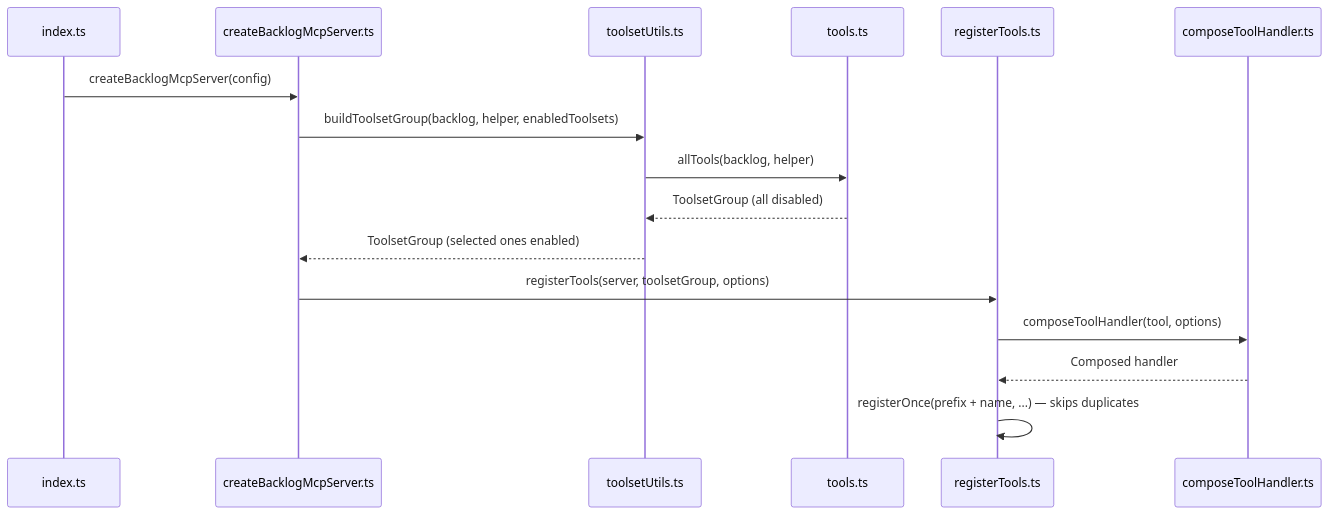
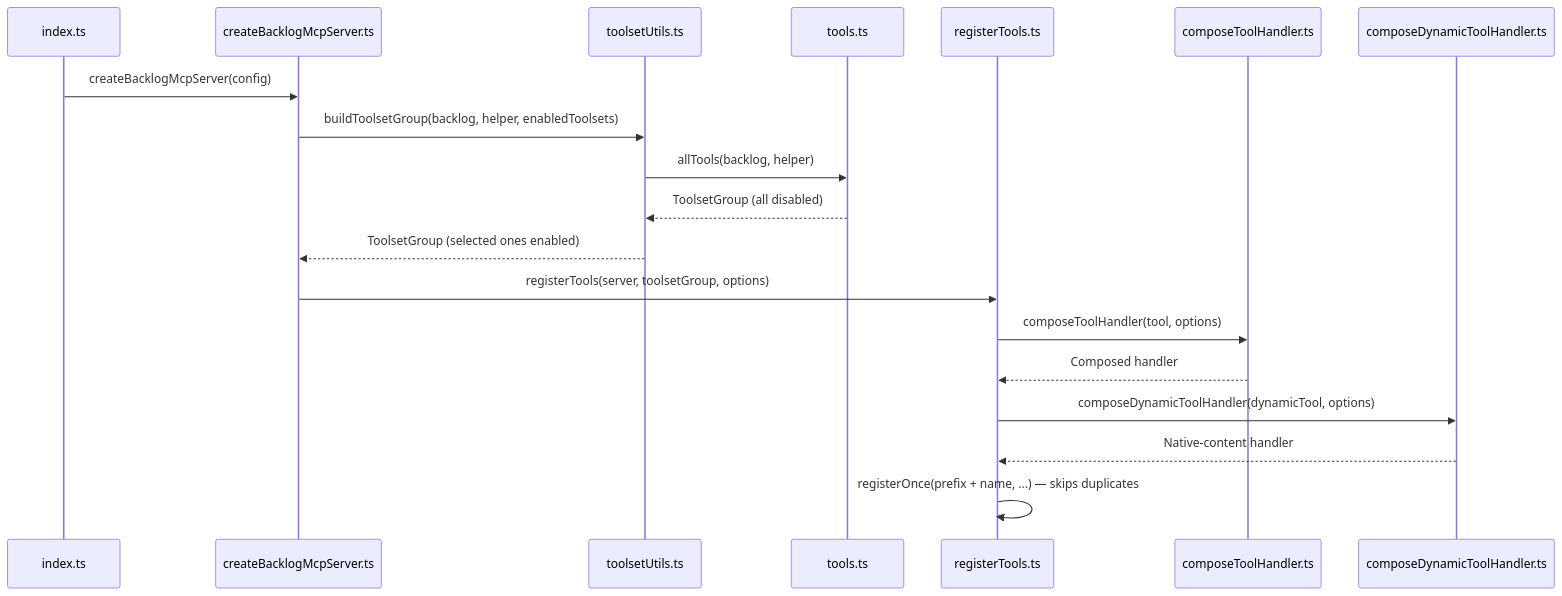
Before and after one commit to nulab/backlog-mcp-server: the second of 6 diagrams in docs/systemPatterns.md, drawn with Mermaid. The commit also changed other lines of this file and 13 other files, not shown here.

````diff
--- a/docs/systemPatterns.md
+++ b/docs/systemPatterns.md
@@ -105,19 +110,22 @@
 ```mermaid
 sequenceDiagram
     participant Main as index.ts
     participant Factory as createBacklogMcpServer.ts
     participant Toolsets as toolsetUtils.ts
     participant Tools as tools.ts
     participant Register as registerTools.ts
     participant Compose as composeToolHandler.ts
+    participant DynamicCompose as composeDynamicToolHandler.ts
 
     Main->>Factory: createBacklogMcpServer(config)
     Factory->>Toolsets: buildToolsetGroup(backlog, helper, enabledToolsets)
     Toolsets->>Tools: allTools(backlog, helper)
     Tools-->>Toolsets: ToolsetGroup (all disabled)
     Toolsets-->>Factory: ToolsetGroup (selected ones enabled)
     Factory->>Register: registerTools(server, toolsetGroup, options)
     Register->>Compose: composeToolHandler(tool, options)
     Compose-->>Register: Composed handler
+    Register->>DynamicCompose: composeDynamicToolHandler(dynamicTool, options)
+    DynamicCompose-->>Register: Native-content handler
     Register->>Register: registerOnce(prefix + name, ...) — skips duplicates
 ```
````
